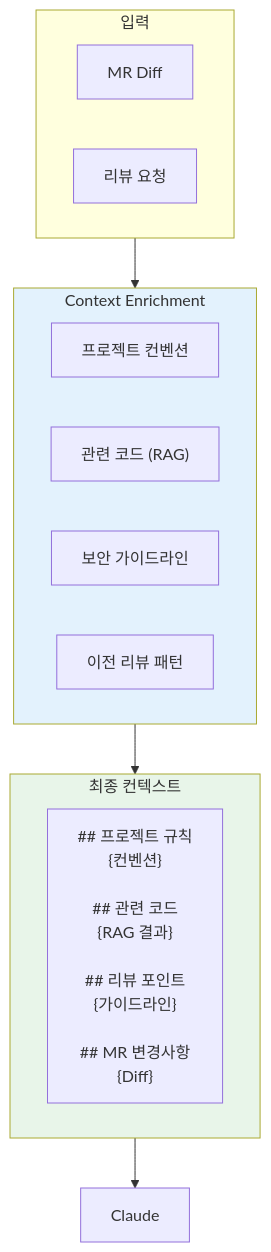
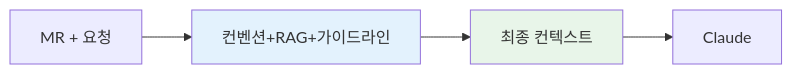
Before and after one commit to Gyeom/dev-notes: diagram 12 of 12 in content/posts/2025-10-10-context-engineering-fundamentals.md, drawn with Mermaid. The commit also changed other lines of this file and 7 other files, not shown here.

First line of the commit message:
Fix: 전체 포스트 Mermaid 다이어그램 가로 배치 적용

````diff
--- a/content/posts/2025-10-10-context-engineering-fundamentals.md
+++ b/content/posts/2025-10-10-context-engineering-fundamentals.md
@@ -334,23 +314,9 @@
 ```mermaid
-flowchart TB
-    subgraph Input["입력"]
-        MR["MR Diff"]
-        Q["리뷰 요청"]
-    end
-
-    subgraph Enrichment["Context Enrichment"]
-        E1["프로젝트 컨벤션"]
-        E2["관련 코드 (RAG)"]
-        E3["보안 가이드라인"]
-        E4["이전 리뷰 패턴"]
-    end
-
-    subgraph Context["최종 컨텍스트"]
-        C["## 프로젝트 규칙<br/>{컨벤션}<br/><br/>## 관련 코드<br/>{RAG 결과}<br/><br/>## 리뷰 포인트<br/>{가이드라인}<br/><br/>## MR 변경사항<br/>{Diff}"]
-    end
-
-    Input --> Enrichment --> Context --> LLM["Claude"]
+flowchart LR
+    Input["MR + 요청"] --> Enrichment["컨벤션+RAG+가이드라인"]
+    Enrichment --> Context["최종 컨텍스트"]
+    Context --> LLM["Claude"]
 
     style Enrichment fill:#E3F2FD
     style Context fill:#E8F5E9
 ```
````
